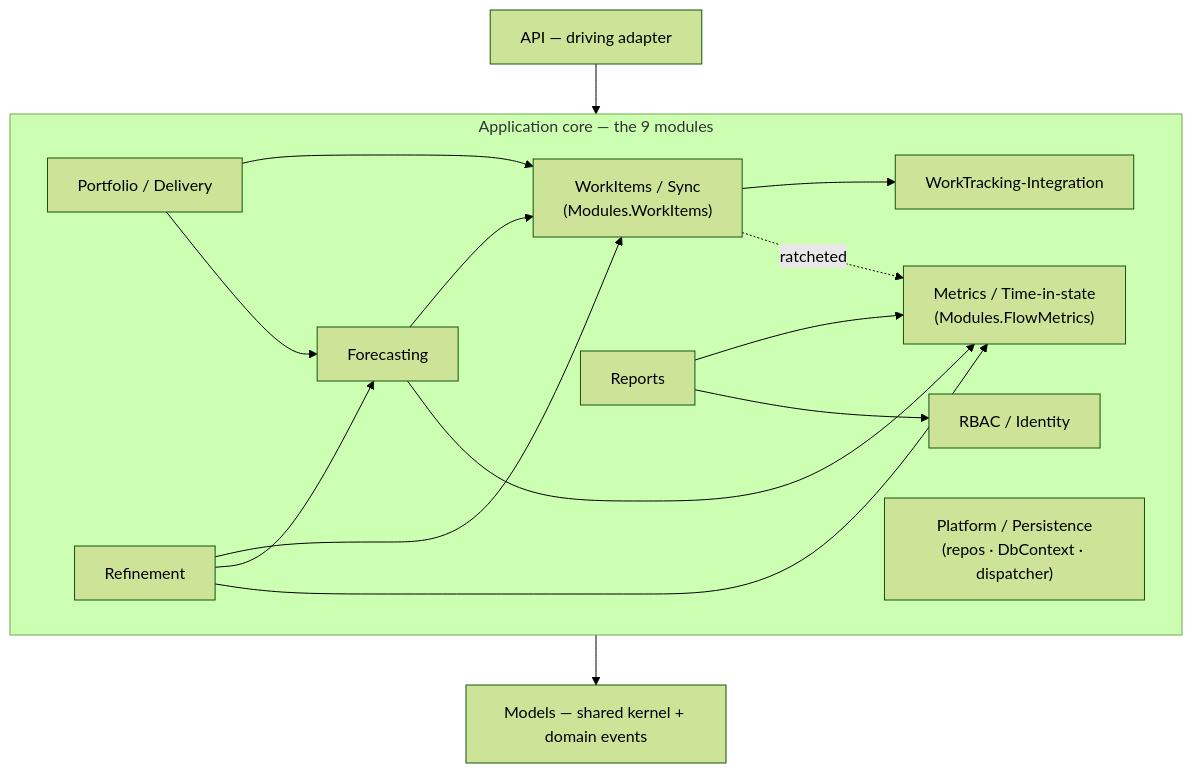
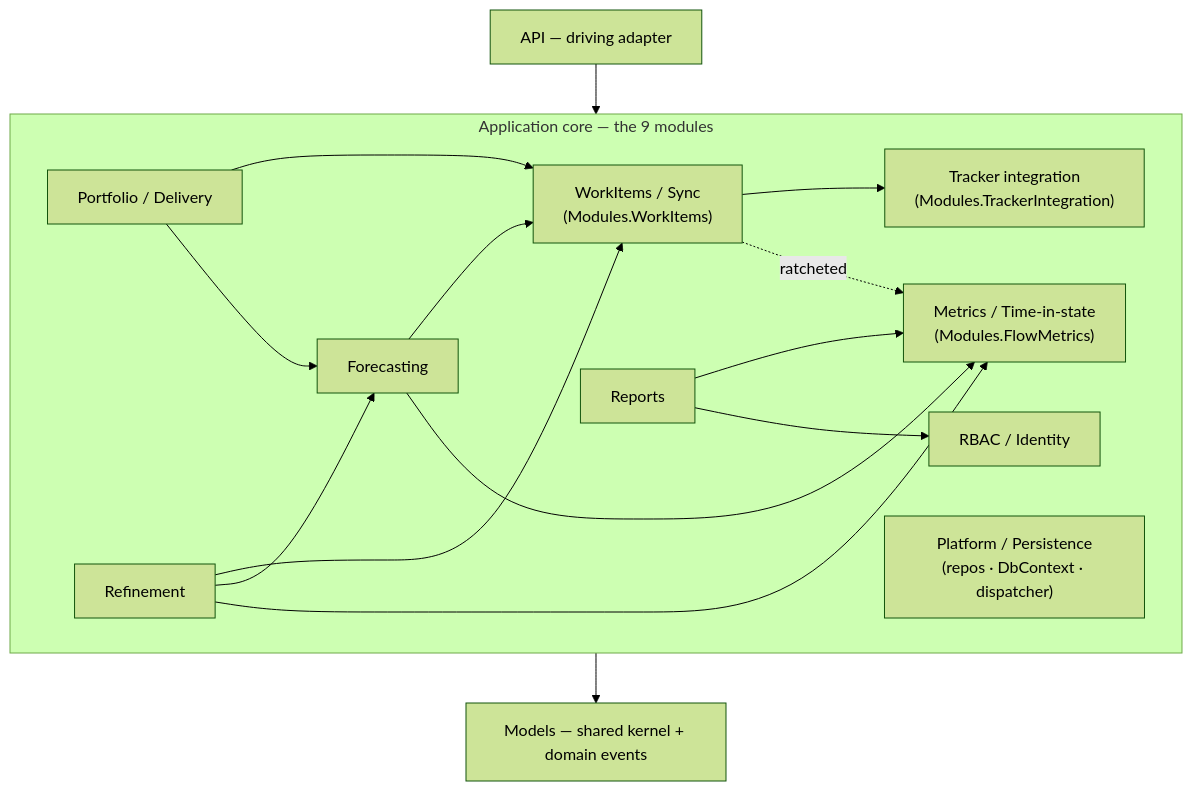
One commit to LetPeopleWork/Lighthouse changed the second of 4 diagrams in ARCHITECTURE.md. Above: the diagram before and after it, drawn with Mermaid (forest theme). The commit also changed other lines of this file and 8 other files, not shown here.

First line of the commit message:
docs(tracker-integration): finalize story 6359 S03a Package Tracker integration

````diff
--- a/ARCHITECTURE.md
+++ b/ARCHITECTURE.md
@@ -113,29 +113,29 @@
 ```mermaid
 graph TD
   API["API — driving adapter"]
   subgraph CORE["Application core — the 9 modules"]
-    WT["WorkTracking-Integration"]
+    WT["Tracker integration<br/>(Modules.TrackerIntegration)"]
     SYNC["WorkItems / Sync<br/>(Modules.WorkItems)"]
     FC["Forecasting"]
     PD["Portfolio / Delivery"]
     MET["Metrics / Time-in-state<br/>(Modules.FlowMetrics)"]
     RBAC["RBAC / Identity"]
     PLAT["Platform / Persistence<br/>(repos · DbContext · dispatcher)"]
     REF["Refinement"]
     REP["Reports"]
   end
   KERNEL["Models — shared kernel + domain events"]
   API --> CORE
   CORE --> KERNEL
   SYNC --> WT
   PD --> SYNC
   PD --> FC
   FC --> SYNC
   FC --> MET
   REF --> SYNC
   REF --> FC
   REF --> MET
   REP --> MET
   REP --> RBAC
   SYNC -.->|"ratcheted"| MET
 ```
````
